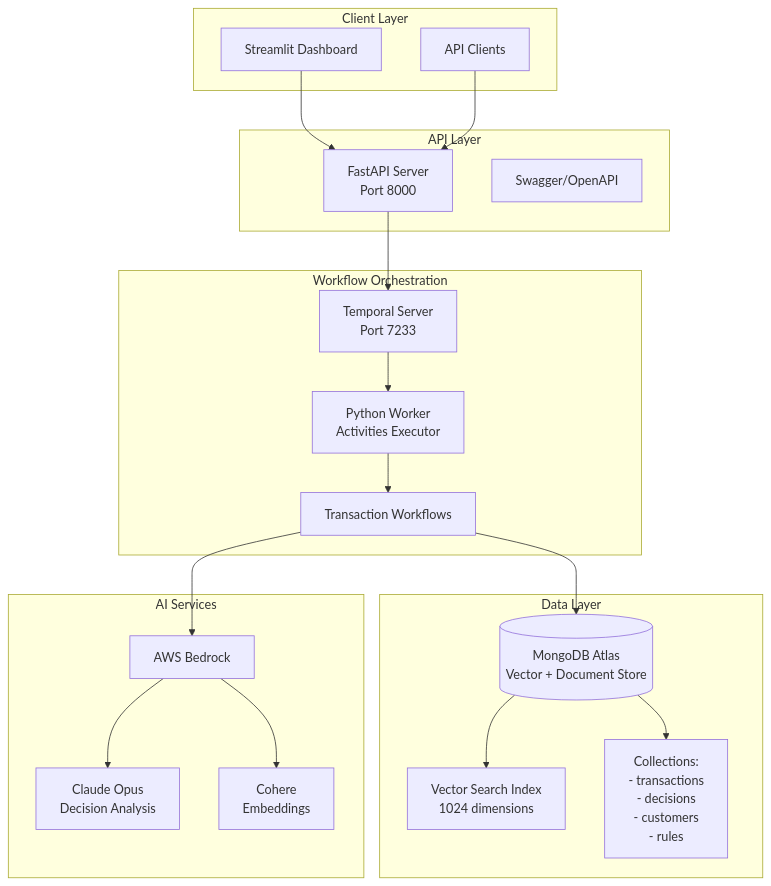
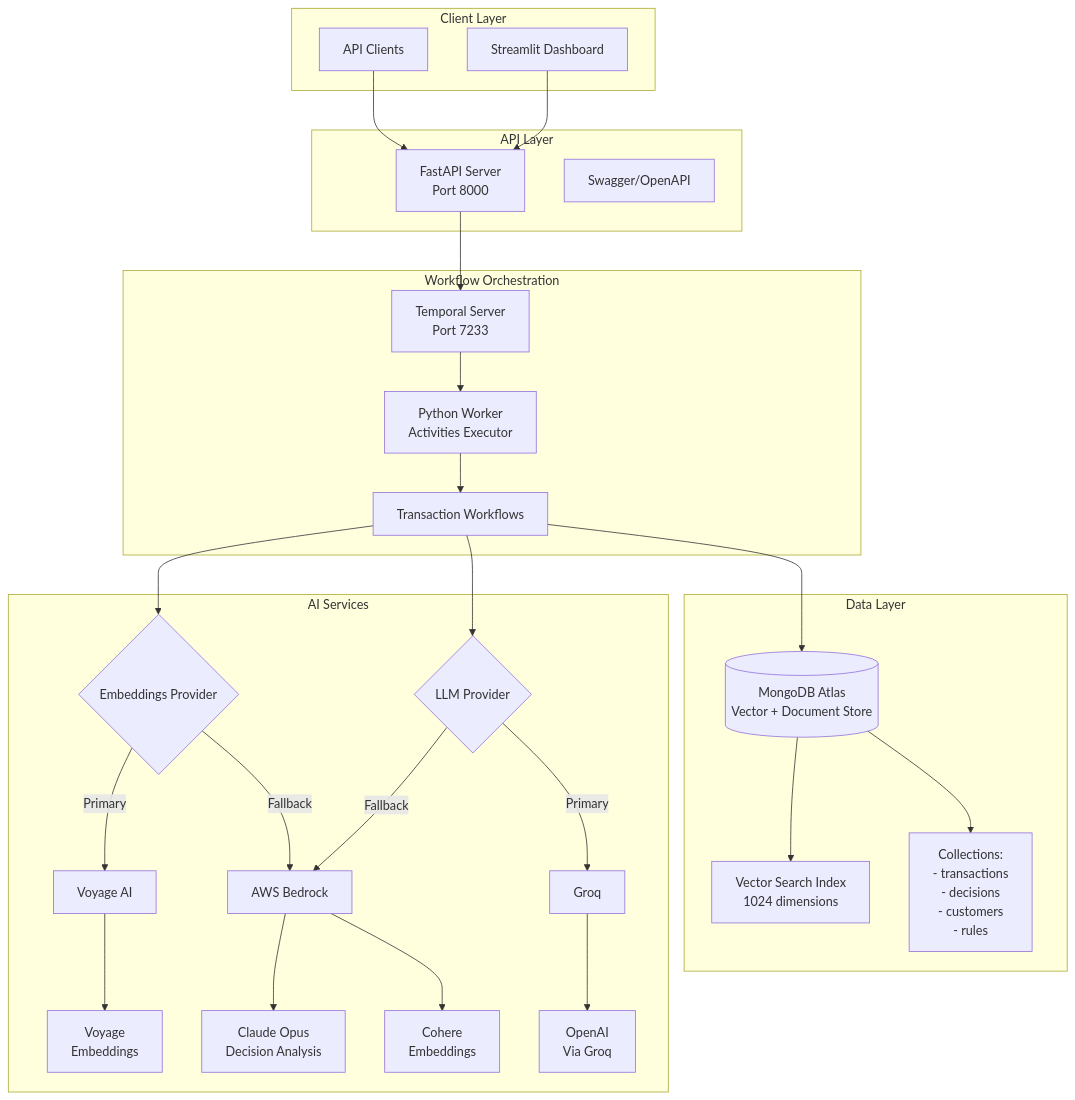
The first of 4 diagrams in docs/ARCHITECTURE.md (mongodb-partners/maap-temporal-ai-agent-qs), drawn with Mermaid before and after one commit.

````diff
--- a/docs/ARCHITECTURE.md
+++ b/docs/ARCHITECTURE.md
@@ -9,42 +9,57 @@
 ```mermaid
 graph TB
     subgraph "Client Layer"
         UI[Streamlit Dashboard]
         API_CLIENT[API Clients]
     end
 
     subgraph "API Layer"
         FASTAPI[FastAPI Server<br/>Port 8000]
         SWAGGER[Swagger/OpenAPI]
     end
 
     subgraph "Workflow Orchestration"
         TEMPORAL[Temporal Server<br/>Port 7233]
         WORKER[Python Worker<br/>Activities Executor]
         WORKFLOWS[Transaction Workflows]
     end
 
     subgraph "Data Layer"
         MONGODB[(MongoDB Atlas<br/>Vector + Document Store)]
         VECTOR_INDEX[Vector Search Index<br/>1024 dimensions]
         COLLECTIONS[Collections:<br/>- transactions<br/>- decisions<br/>- customers<br/>- rules]
     end
 
     subgraph "AI Services"
+        AI_PROVIDER{LLM Provider}
+        GROQ[Groq]
+        EMBEDDINGS_PROVIDER{Embeddings Provider}
         BEDROCK[AWS Bedrock]
+        
+        VOYAGE[Voyage AI]
+        VOYAGE_EMBED[Voyage<br/>Embeddings]
         CLAUDE[Claude Opus<br/>Decision Analysis]
         COHERE[Cohere<br/>Embeddings]
+        LLM_OpenAI[OpenAI<br/>Via Groq]
+        
     end
 
     UI --> FASTAPI
     API_CLIENT --> FASTAPI
     FASTAPI --> TEMPORAL
     TEMPORAL --> WORKER
     WORKER --> WORKFLOWS
     WORKFLOWS --> MONGODB
-    WORKFLOWS --> BEDROCK
+    WORKFLOWS --> AI_PROVIDER
+    WORKFLOWS --> EMBEDDINGS_PROVIDER
+    AI_PROVIDER -->|Primary| GROQ
+    AI_PROVIDER -->|Fallback| BEDROCK
+    EMBEDDINGS_PROVIDER -->|Primary| VOYAGE
+    EMBEDDINGS_PROVIDER -->|Fallback| BEDROCK
     BEDROCK --> CLAUDE
     BEDROCK --> COHERE
+    GROQ --> LLM_OpenAI
+    VOYAGE --> VOYAGE_EMBED
     MONGODB --> VECTOR_INDEX
     MONGODB --> COLLECTIONS
 ```
````
